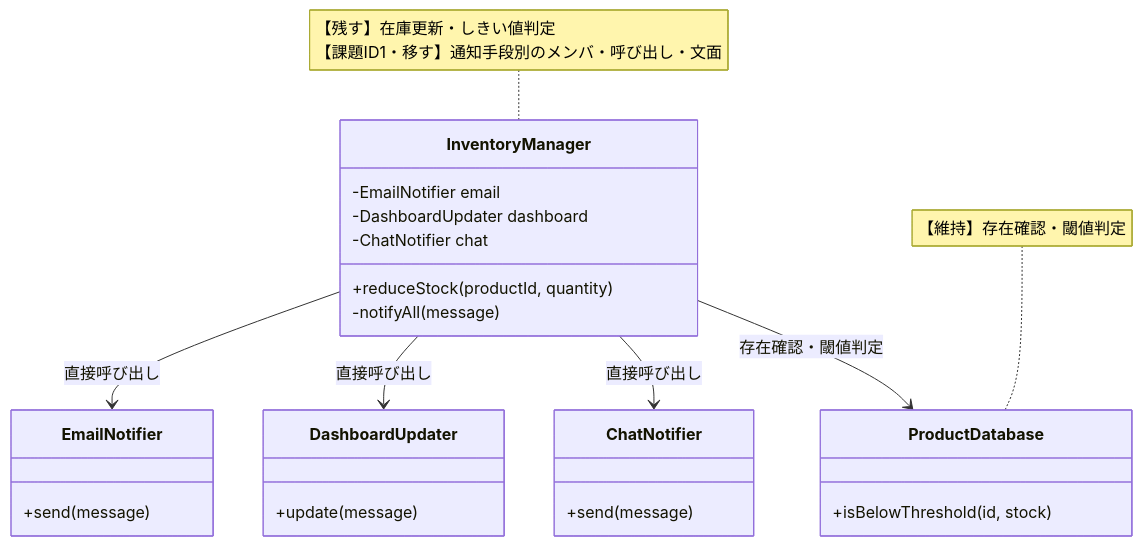
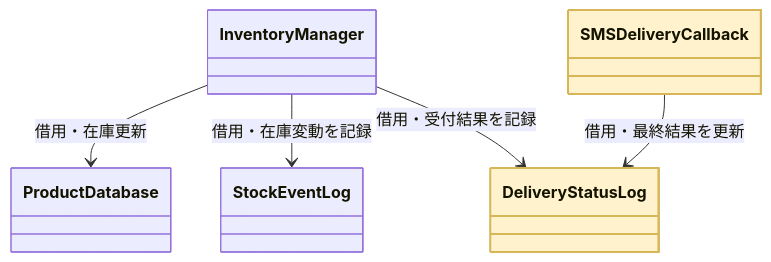
Diagram 11 of 17 in kindle/design-patterns/output/chapter07.md (kumachan1101-pixel/DesignPattern), drawn with Mermaid before and after one commit. The commit also changed other lines of this file and 3 other files, not shown here.

````diff
--- a/kindle/design-patterns/output/chapter07.md
+++ b/kindle/design-patterns/output/chapter07.md
@@ -1535,25 +2037,15 @@
 ```mermaid
 classDiagram
-    direction TB
-    class InventoryManager {
-        -EmailNotifier email
-        -DashboardUpdater dashboard
-        -ChatNotifier chat
-        +reduceStock(productId, quantity)
-        -notifyAll(message)
-    }
-    class EmailNotifier { +send(message) }
-    class DashboardUpdater { +update(message) }
-    class ChatNotifier { +send(message) }
-    class ProductDatabase { +isBelowThreshold(id, stock) }
-    InventoryManager --> EmailNotifier : 直接呼び出し
-    InventoryManager --> DashboardUpdater : 直接呼び出し
-    InventoryManager --> ChatNotifier : 直接呼び出し
-    InventoryManager --> ProductDatabase : 存在確認・閾値判定
-
-    note for InventoryManager "【残す】在庫更新・しきい値判定<br/>【課題ID1・移す】通知手段別のメンバ・呼び出し・文面"
-    note for ProductDatabase "【維持】存在確認・閾値判定"
-
-    classDef focus fill:#FFF2CC,stroke:#D6B656,stroke-width:2px,color:#222222
-    cssClass "InventoryManager" focus
+    class InventoryManager
+    class ProductDatabase
+    class StockEventLog
+    class DeliveryStatusLog
+    class SMSDeliveryCallback
+    InventoryManager --> ProductDatabase : 借用・在庫更新
+    InventoryManager --> StockEventLog : 借用・在庫変動を記録
+    InventoryManager --> DeliveryStatusLog : 借用・受付結果を記録
+    SMSDeliveryCallback --> DeliveryStatusLog : 借用・最終結果を更新
+    class DeliveryStatusLog:::focus
+    class SMSDeliveryCallback:::focus
+    classDef focus fill:#FFF2CC,stroke:#D6B656,stroke-width:2px
 ```
````
